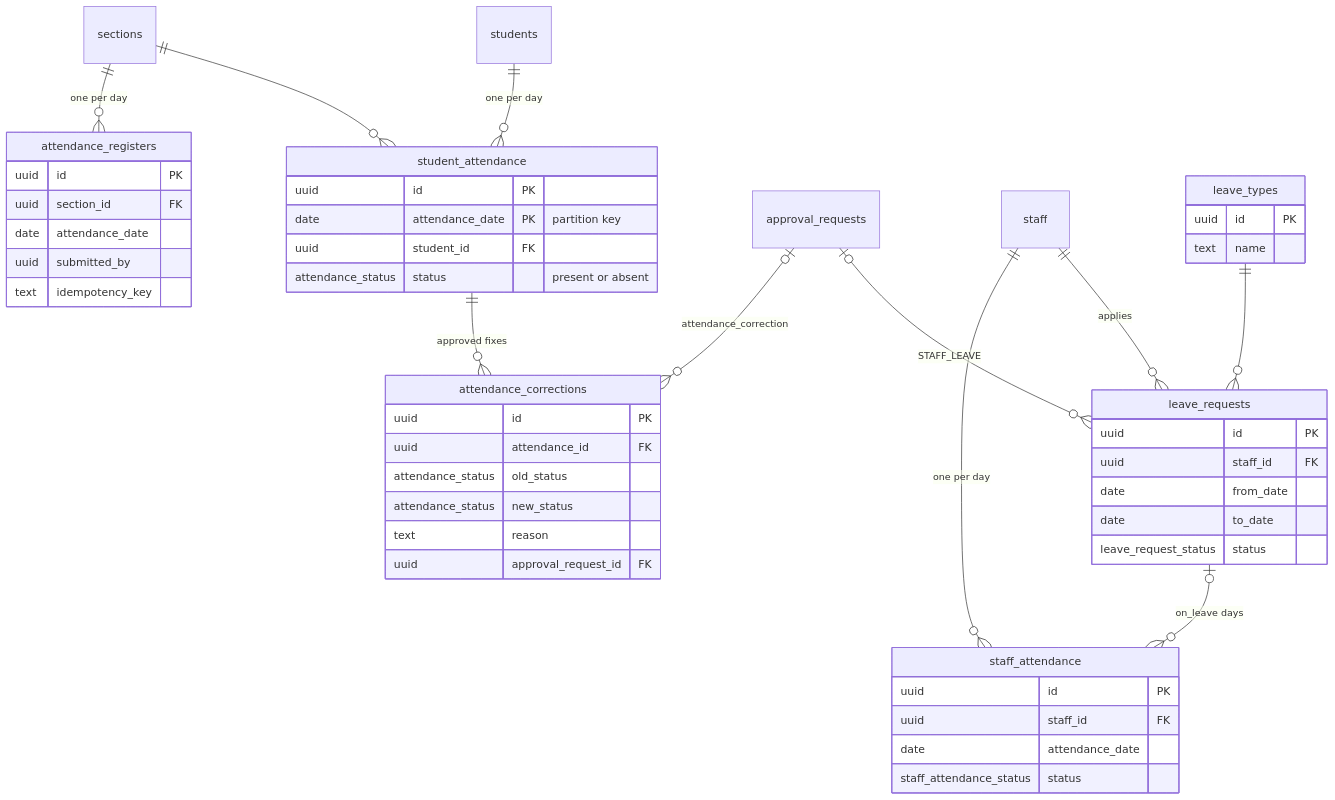
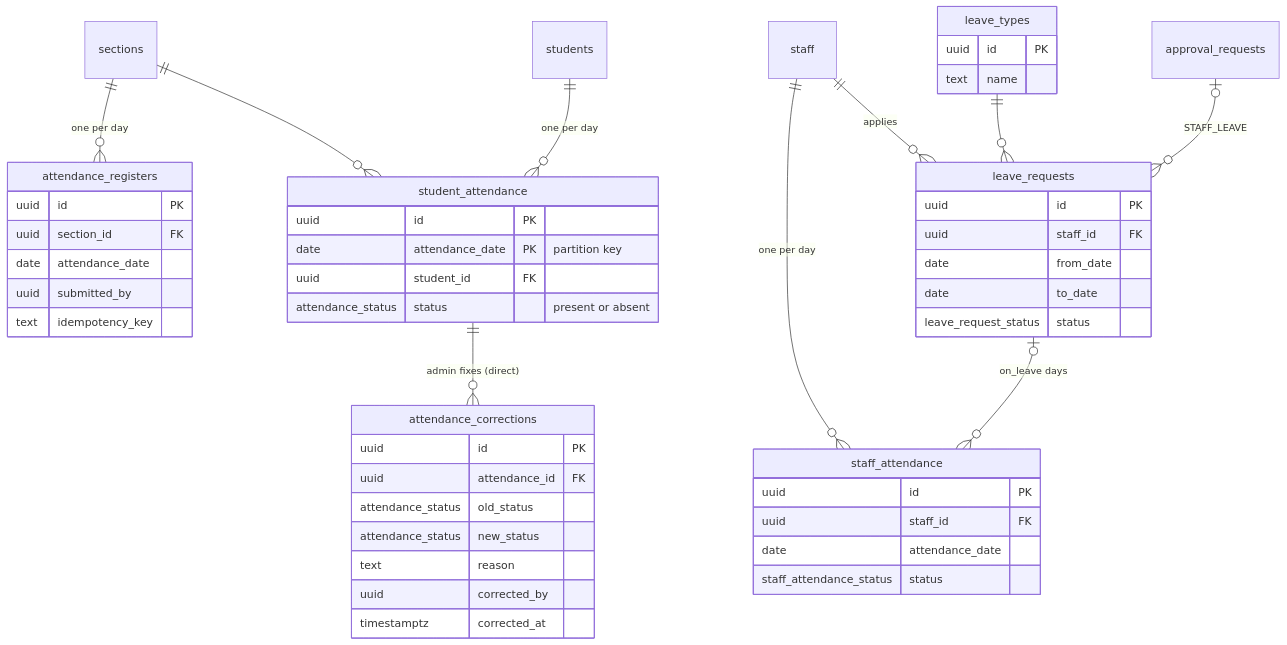
Before and after one commit to Worksarvesh/school-erp: the fourth of 10 diagrams in docs/system-design/schema/ER-DIAGRAMS.md, drawn with Mermaid. The commit also changed other lines of this file and 11 other files, not shown here.

First line of the commit message:
docs: resolve V1.2 open decisions in the draft schema and design docs

````diff
--- a/docs/system-design/schema/ER-DIAGRAMS.md
+++ b/docs/system-design/schema/ER-DIAGRAMS.md
@@ -248,52 +259,52 @@
 ```mermaid
 erDiagram
   sections ||--o{ attendance_registers : "one per day"
   sections ||--o{ student_attendance : ""
   students ||--o{ student_attendance : "one per day"
-  student_attendance ||--o{ attendance_corrections : "approved fixes"
-  approval_requests |o--o{ attendance_corrections : "attendance_correction"
+  student_attendance ||--o{ attendance_corrections : "admin fixes (direct)"
   staff ||--o{ staff_attendance : "one per day"
   staff ||--o{ leave_requests : applies
   leave_types ||--o{ leave_requests : ""
   leave_requests |o--o{ staff_attendance : "on_leave days"
   approval_requests |o--o{ leave_requests : "STAFF_LEAVE"
 
   attendance_registers {
     uuid id PK
     uuid section_id FK
     date attendance_date
     uuid submitted_by
     text idempotency_key
   }
   student_attendance {
     uuid id PK
     date attendance_date PK "partition key"
     uuid student_id FK
     attendance_status status "present or absent"
   }
   attendance_corrections {
     uuid id PK
     uuid attendance_id FK
     attendance_status old_status
     attendance_status new_status
     text reason
-    uuid approval_request_id FK
+    uuid corrected_by
+    timestamptz corrected_at
   }
   staff_attendance {
     uuid id PK
     uuid staff_id FK
     date attendance_date
     staff_attendance_status status
   }
   leave_types {
     uuid id PK
     text name
   }
   leave_requests {
     uuid id PK
     uuid staff_id FK
     date from_date
     date to_date
     leave_request_status status
   }
 ```
````
